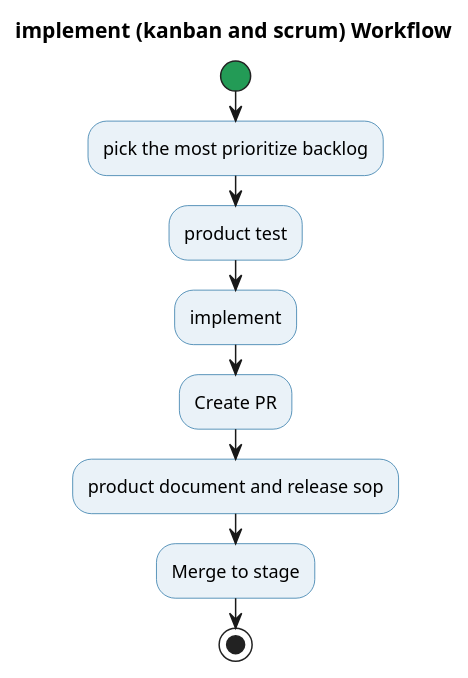
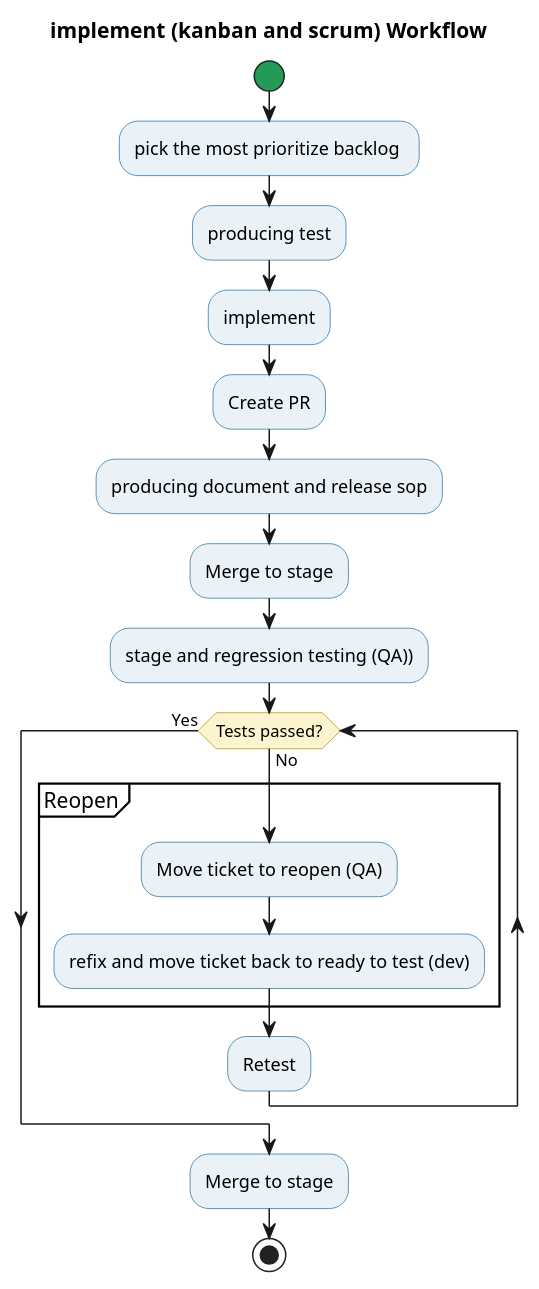
Before and after one commit to sovannotychea/ori-test: the diagram in docs/implement.puml, drawn with PlantUML. The commit also changed 4 other files, not shown here.

```diff
--- a/docs/implement.puml
+++ b/docs/implement.puml
@@ -2,21 +2,30 @@
 @startuml
 title implement (kanban and scrum) Workflow
 skinparam backgroundColor white
 skinparam shadowing false
 skinparam activity {
   BackgroundColor #EAF2F8
   BorderColor #2874A6
   DiamondBackgroundColor #FCF3CF
   DiamondBorderColor #B7950B
   StartColor #239B56
   EndColor #C0392B
 }
 start
-:pick the most prioritize backlog;
-:product test;
+:pick the most prioritize backlog ;
+:producing test;
 :implement;
 :Create PR;
-:product document and release sop;
+:producing document and release sop;
+:Merge to stage;
+:stage and regression testing (QA));
+while (Tests passed?) is (No)
+    partition "Reopen" {
+      :Move ticket to reopen (QA);
+      :refix and move ticket back to ready to test (dev);
+    }
+    :Retest;
+endwhile (Yes)
 :Merge to stage;
 stop
 @enduml
```
